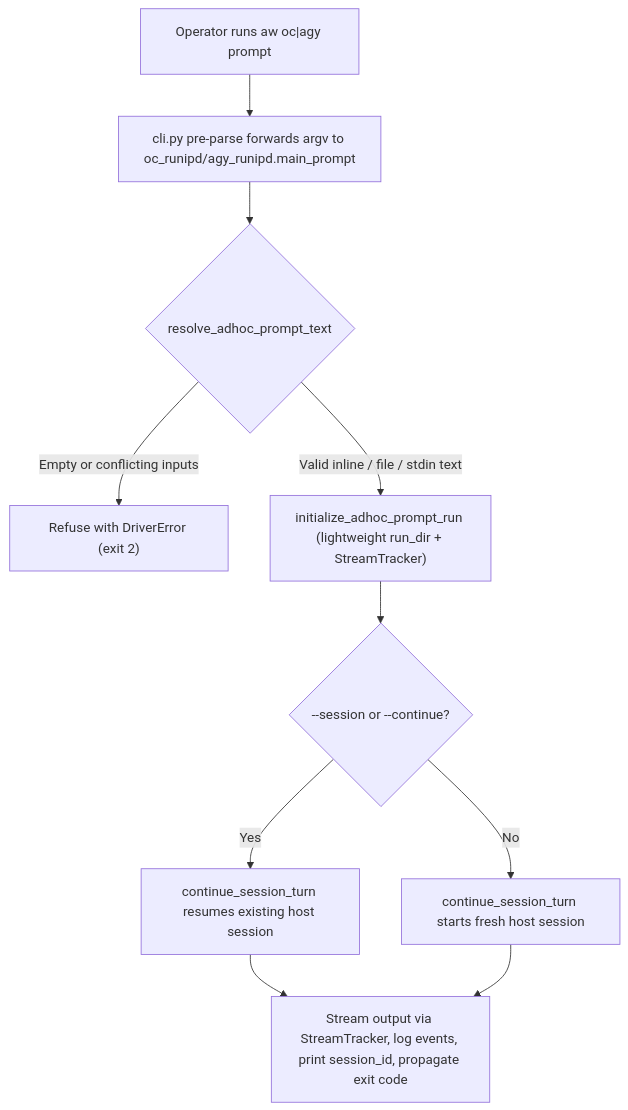
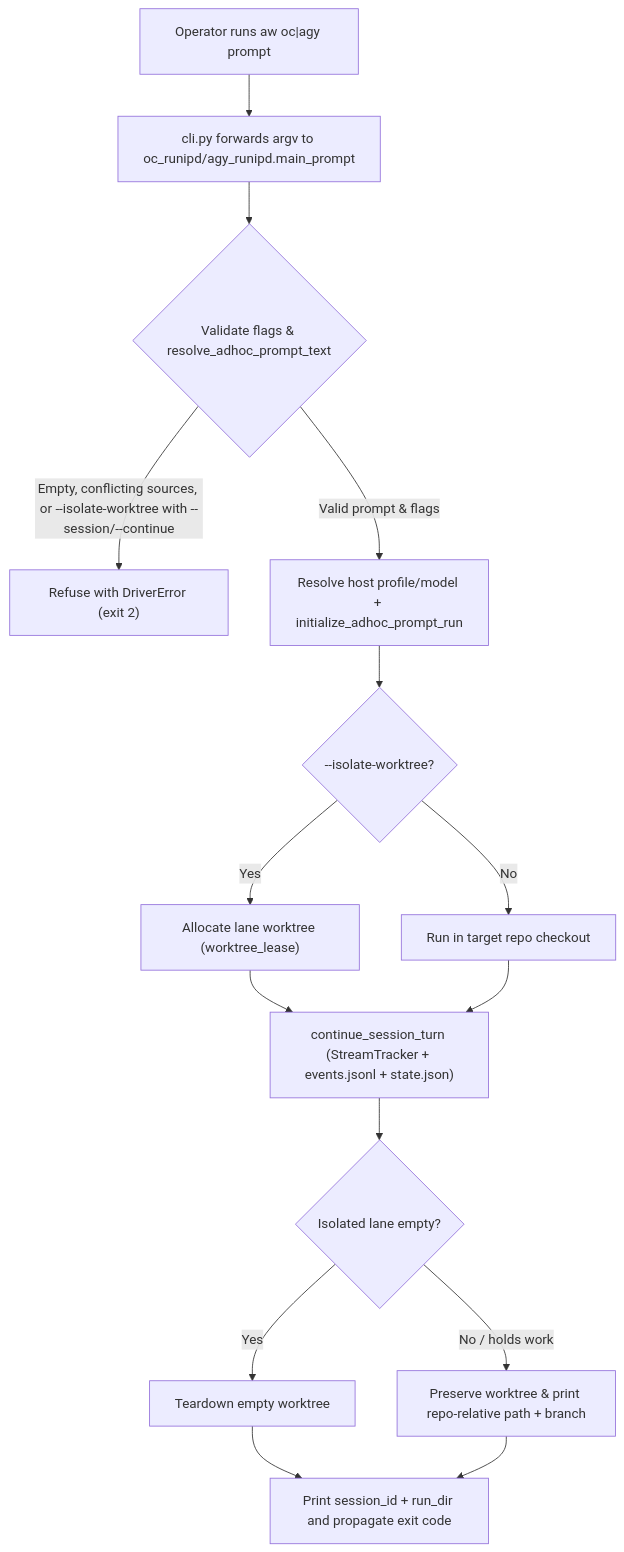
Before and after one commit to fariello/agent-workflows: the diagram in .aw/records/plans/pending/20261127-adhocprompt-01-z4kwzd-add-aw-agy-oc-prompt-for-ad-hoc-streaming-turns-and-shared-s.ipd.md, drawn with Mermaid. The commit also changed other lines of this file and 1 other file, not shown here.

````diff
--- a/.aw/records/plans/pending/20261127-adhocprompt-01-z4kwzd-add-aw-agy-oc-prompt-for-ad-hoc-streaming-turns-and-shared-s.ipd.md
+++ b/.aw/records/plans/pending/20261127-adhocprompt-01-z4kwzd-add-aw-agy-oc-prompt-for-ad-hoc-streaming-turns-and-shared-s.ipd.md
@@ -106,12 +115,17 @@
 ```mermaid
 flowchart TD
-    A["Operator runs aw oc|agy prompt"] --> B["cli.py pre-parse forwards argv to oc_runipd/agy_runipd.main_prompt"]
-    B --> C{"resolve_adhoc_prompt_text"}
-    C -->|Empty or conflicting inputs| ERR["Refuse with DriverError (exit 2)"]
-    C -->|Valid inline / file / stdin text| D["initialize_adhoc_prompt_run (lightweight run_dir + StreamTracker)"]
-    D --> E{"--session or --continue?"}
-    E -->|Yes| F["continue_session_turn resumes existing host session"]
-    E -->|No| G["continue_session_turn starts fresh host session"]
-    F --> H["Stream output via StreamTracker, log events, print session_id, propagate exit code"]
-    G --> H
+    A["Operator runs aw oc|agy prompt"] --> B["cli.py forwards argv to oc_runipd/agy_runipd.main_prompt"]
+    B --> C{"Validate flags & resolve_adhoc_prompt_text"}
+    C -->|Empty, conflicting sources, or --isolate-worktree with --session/--continue| ERR["Refuse with DriverError (exit 2)"]
+    C -->|Valid prompt & flags| D["Resolve host profile/model + initialize_adhoc_prompt_run"]
+    D --> E{"--isolate-worktree?"}
+    E -->|Yes| WT["Allocate lane worktree (worktree_lease)"]
+    E -->|No| MAIN["Run in target repo checkout"]
+    WT --> F["continue_session_turn (StreamTracker + events.jsonl + state.json)"]
+    MAIN --> F
+    F --> G{"Isolated lane empty?"}
+    G -->|Yes| TD["Teardown empty worktree"]
+    G -->|No / holds work| KEEP["Preserve worktree & print repo-relative path + branch"]
+    TD --> H["Print session_id + run_dir and propagate exit code"]
+    KEEP --> H
 ```
````
